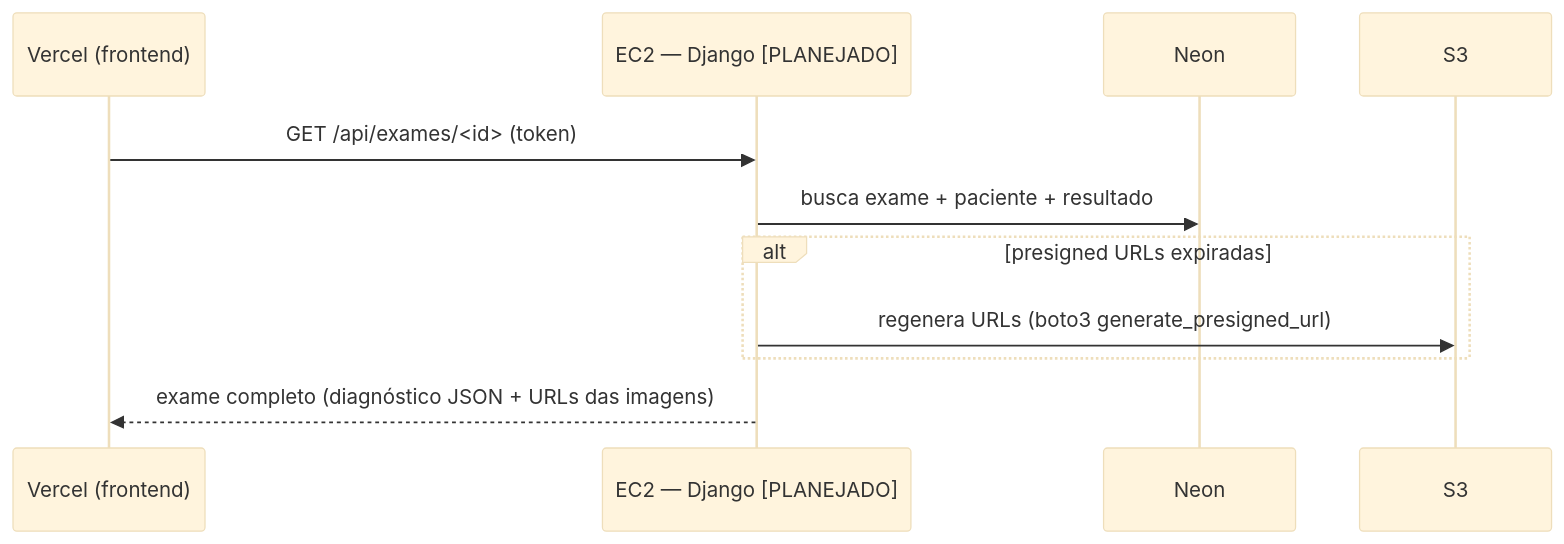
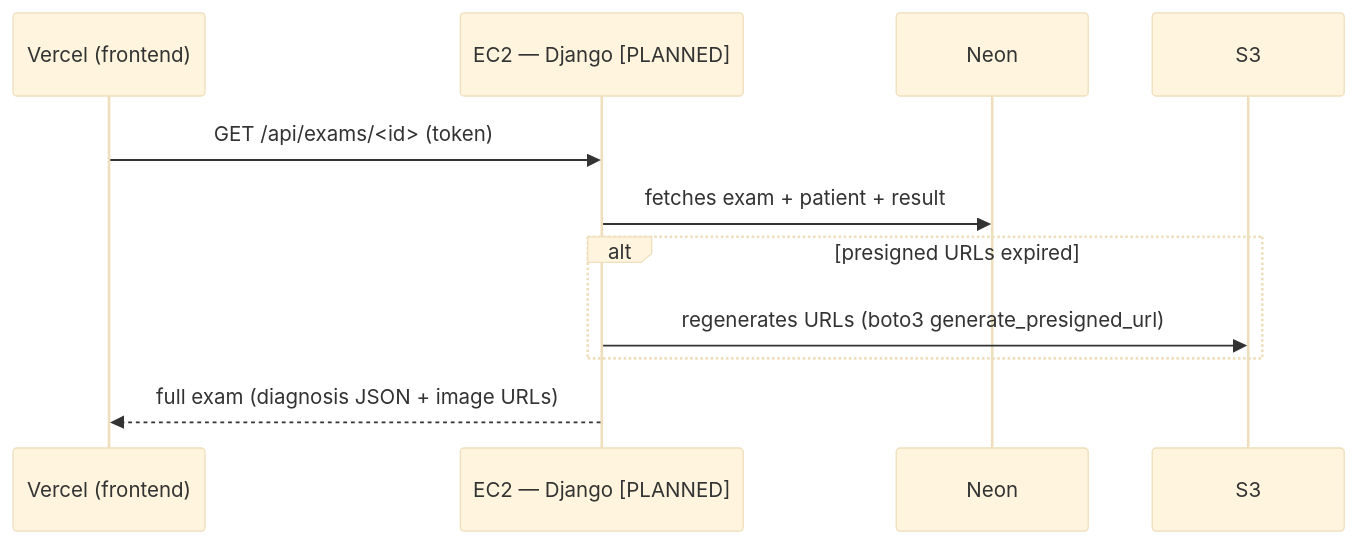
The fourth of 5 diagrams in apps/web/docs/architecture.md (trustedlake/ecg-reader), drawn with Mermaid (base theme) before and after one commit. The commit also changed other lines of this file and 51 other files, not shown here.

````diff
--- a/apps/web/docs/architecture.md
+++ b/apps/web/docs/architecture.md
@@ -334,14 +332,14 @@
 ```mermaid
 sequenceDiagram
     participant V as Vercel (frontend)
-    participant D as EC2 — Django [PLANEJADO]
+    participant D as EC2 — Django [PLANNED]
     participant N as Neon
     participant G as S3
 
-    V->>D: GET /api/exames/<id> (token)
-    D->>N: busca exame + paciente + resultado
-    alt presigned URLs expiradas
-        D->>G: regenera URLs (boto3 generate_presigned_url)
+    V->>D: GET /api/exams/<id> (token)
+    D->>N: fetches exam + patient + result
+    alt presigned URLs expired
+        D->>G: regenerates URLs (boto3 generate_presigned_url)
     end
-    D-->>V: exame completo (diagnóstico JSON + URLs das imagens)
+    D-->>V: full exam (diagnosis JSON + image URLs)
 ```
````
